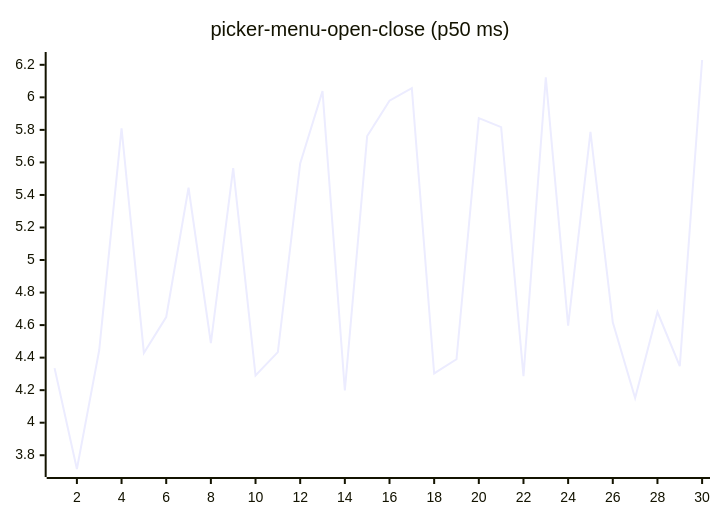
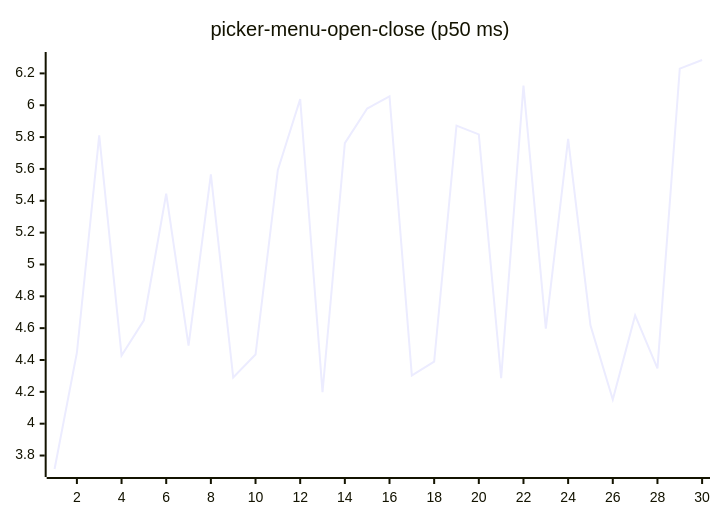
Before and after one commit to josha/Facet: diagram 16 of 27 in README.md, drawn with Mermaid. The commit also changed other lines of this file and 2 other files, not shown here.

````diff
--- a/README.md
+++ b/README.md
@@ -168,6 +168,6 @@
 ```mermaid
 xychart-beta
     title "picker-menu-open-close (p50 ms)"
     x-axis 1 --> 30
-    line [4.3353, 3.7154, 4.4466, 5.8101, 4.4287, 4.6495, 5.4442, 4.4899, 5.5654, 4.2905, 4.4342, 5.5941, 6.0384, 4.1981, 5.7619, 5.9791, 6.0560, 4.3027, 4.3902, 5.8724, 5.8169, 4.2859, 6.1231, 4.5970, 5.7880, 4.6174, 4.1511, 4.6804, 4.3471, 6.2296]
+    line [3.7154, 4.4466, 5.8101, 4.4287, 4.6495, 5.4442, 4.4899, 5.5654, 4.2905, 4.4342, 5.5941, 6.0384, 4.1981, 5.7619, 5.9791, 6.0560, 4.3027, 4.3902, 5.8724, 5.8169, 4.2859, 6.1231, 4.5970, 5.7880, 4.6174, 4.1511, 4.6804, 4.3471, 6.2296, 6.2841]
 ```
````
